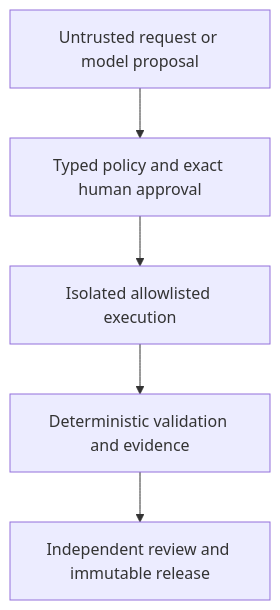
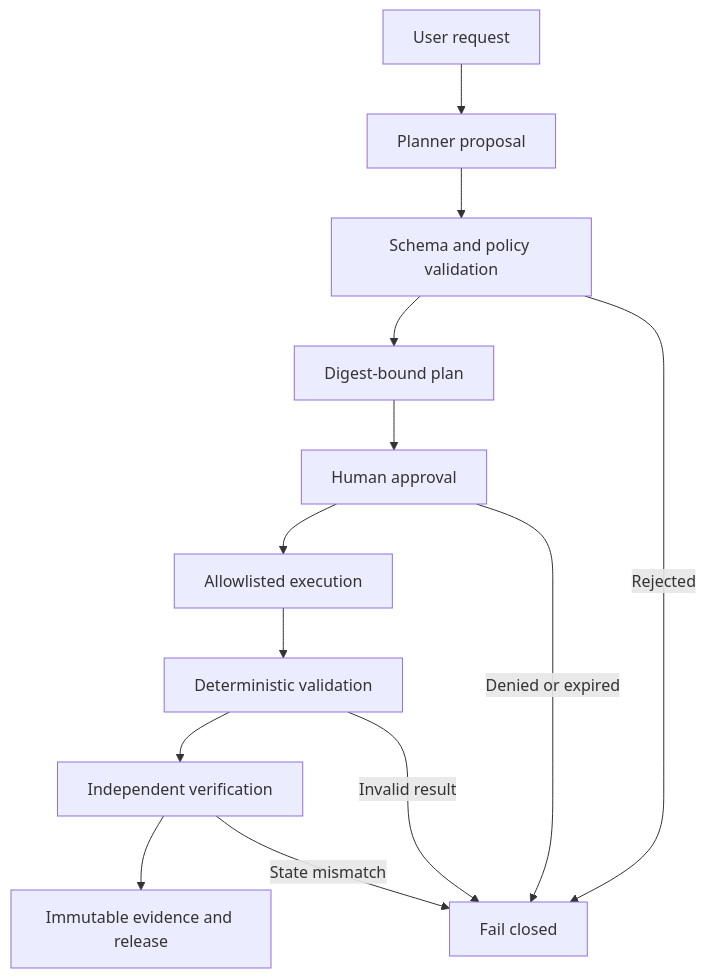
The first of 3 diagrams in README.md (wanggiya/action-charter), drawn with Mermaid before and after one commit. The commit also changed other lines of this file and 6 other files, not shown here.

````diff
--- a/README.md
+++ b/README.md
@@ -46,7 +46,15 @@
 ```mermaid
 flowchart TD
-    A["Untrusted request or model proposal"] --> B["Typed policy and exact human approval"]
-    B --> C["Isolated allowlisted execution"]
-    C --> D["Deterministic validation and evidence"]
-    D --> E["Independent review and immutable release"]
+    A["User request"] --> B["Planner proposal"]
+    B --> C["Schema and policy validation"]
+    C --> D["Digest-bound plan"]
+    D --> E["Human approval"]
+    E --> F["Allowlisted execution"]
+    F --> G["Deterministic validation"]
+    G --> H["Independent verification"]
+    H --> I["Immutable evidence and release"]
+    C -->|Rejected| X["Fail closed"]
+    E -->|Denied or expired| X
+    G -->|Invalid result| X
+    H -->|State mismatch| X
 ```
````
